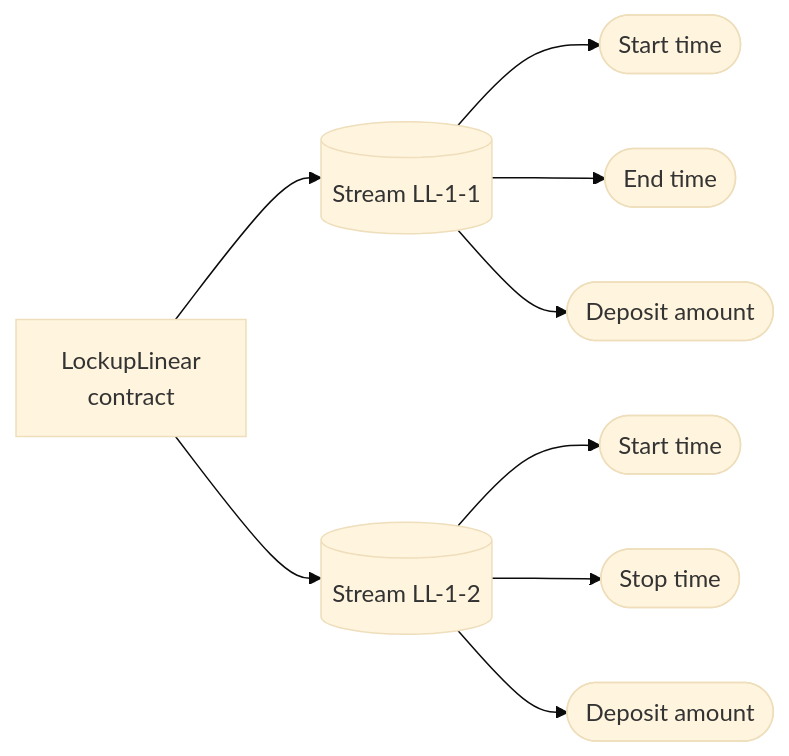
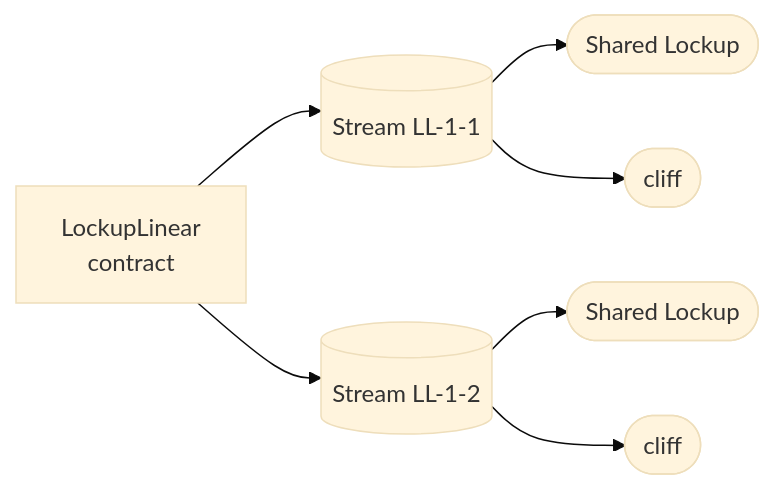
Before and after one commit to sablier-labs/docs: the second of 7 diagrams in docs/contracts/v2/reference/02-diagrams.md, drawn with Mermaid (base theme). The commit also changed other lines of this file and 154 other files, not shown here.

````diff
--- a/docs/contracts/v2/reference/02-diagrams.md
+++ b/docs/contracts/v2/reference/02-diagrams.md
@@ -22,21 +54,18 @@
 ```mermaid
 flowchart LR;
   C["LockupLinear\ncontract"];
   S0[(Stream LL-1-1)];
-  P0([Start time]);
-  P1([End time]);
-  P2([Deposit amount]);
+  P0([Shared Lockup]);
+  P1([cliff]);
   S0 --> P0;
   S0 --> P1;
-  S0 --> P2;
   C --> S0;
 
+  C["LockupLinear\ncontract"];
   S1[(Stream LL-1-2)];
-  P3([Start time]);
-  P4([Stop time]);
-  P5([Deposit amount]);
+  P2([Shared Lockup]);
+  P3([cliff]);
+  S1 --> P2;
   S1 --> P3;
-  S1 --> P4;
-  S1 --> P5;
   C --> S1;
 ```
````
